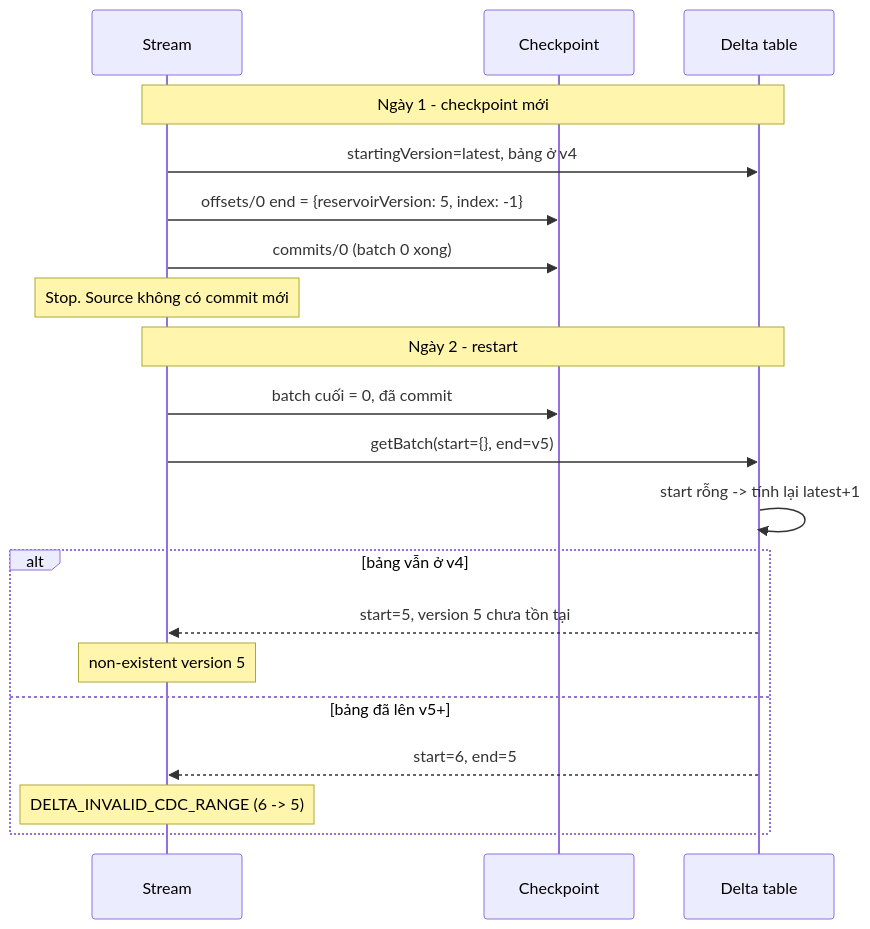
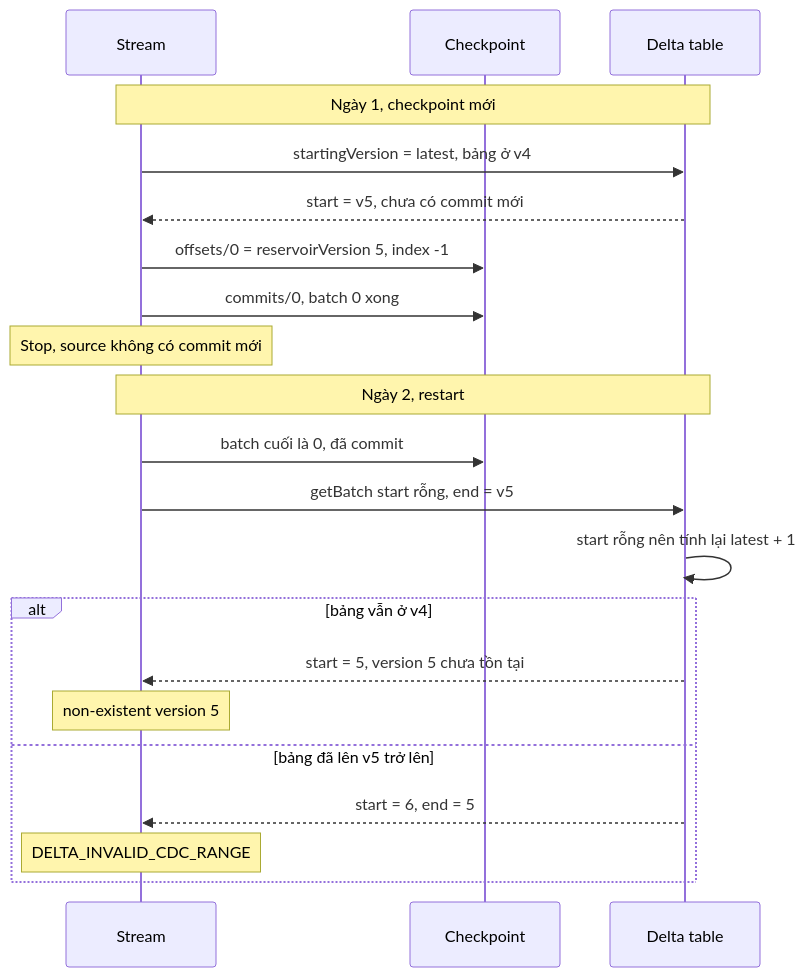
One commit to devdiary2203/devdiary2203.github.io changed the second of 3 diagrams in _posts/2026-11-23-delta-cdf-streaming-restart-fail-after-first-batch.markdown. Above: the diagram before and after it, drawn with Mermaid. The commit also changed other lines of this file and 3 other files, not shown here.

````diff
--- a/_posts/2026-11-23-delta-cdf-streaming-restart-fail-after-first-batch.markdown
+++ b/_posts/2026-11-23-delta-cdf-streaming-restart-fail-after-first-batch.markdown
@@ -100,24 +107,25 @@
 ```mermaid
 sequenceDiagram
     participant S as Stream
     participant CP as Checkpoint
     participant D as Delta table
 
-    Note over S,D: Ngày 1 - checkpoint mới
-    S->>D: startingVersion=latest, bảng ở v4
-    S->>CP: offsets/0 end = {reservoirVersion: 5, index: -1}
-    S->>CP: commits/0 (batch 0 xong)
-    Note over S: Stop. Source không có commit mới
+    Note over S,D: Ngày 1, checkpoint mới
+    S->>D: startingVersion = latest, bảng ở v4
+    D-->>S: start = v5, chưa có commit mới
+    S->>CP: offsets/0 = reservoirVersion 5, index -1
+    S->>CP: commits/0, batch 0 xong
+    Note over S: Stop, source không có commit mới
 
-    Note over S,D: Ngày 2 - restart
-    S->>CP: batch cuối = 0, đã commit
-    S->>D: getBatch(start={}, end=v5)
-    D->>D: start rỗng -> tính lại latest+1
+    Note over S,D: Ngày 2, restart
+    S->>CP: batch cuối là 0, đã commit
+    S->>D: getBatch start rỗng, end = v5
+    D->>D: start rỗng nên tính lại latest + 1
     alt bảng vẫn ở v4
-        D-->>S: start=5, version 5 chưa tồn tại
+        D-->>S: start = 5, version 5 chưa tồn tại
         Note over S: non-existent version 5
-    else bảng đã lên v5+
-        D-->>S: start=6, end=5
-        Note over S: DELTA_INVALID_CDC_RANGE (6 -> 5)
+    else bảng đã lên v5 trở lên
+        D-->>S: start = 6, end = 5
+        Note over S: DELTA_INVALID_CDC_RANGE
     end
 ```
````
